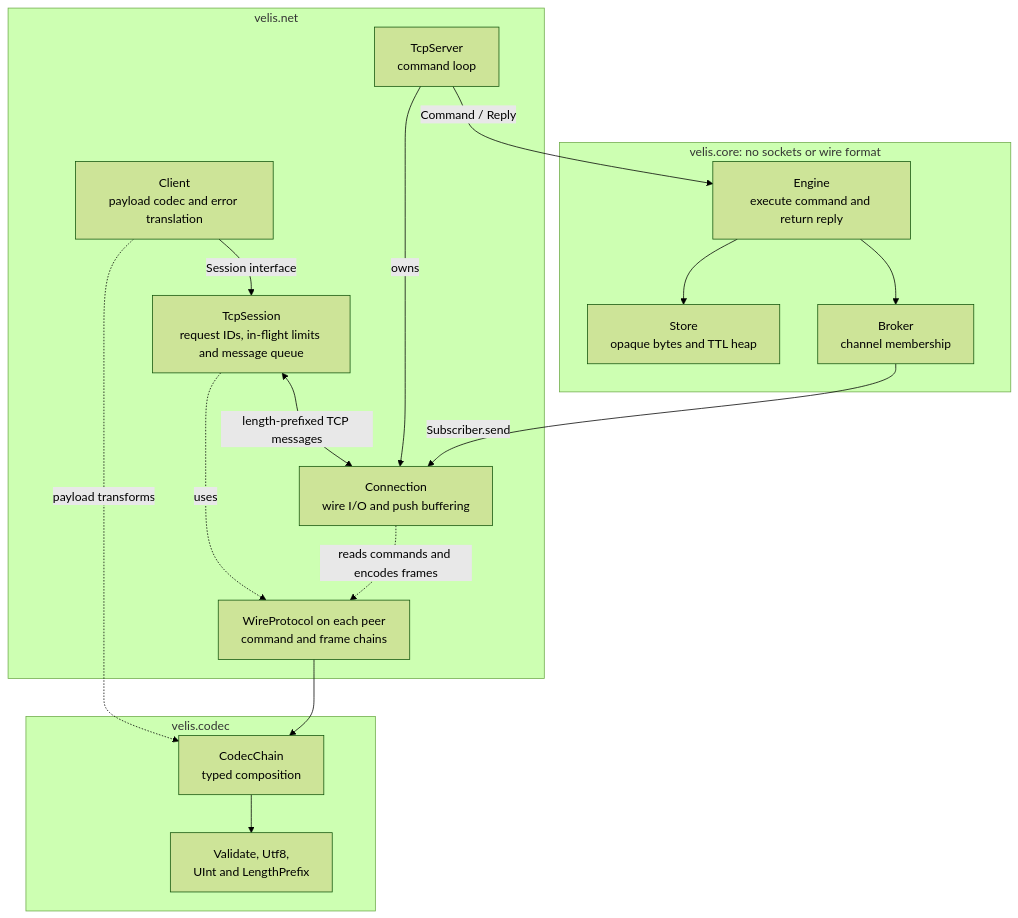
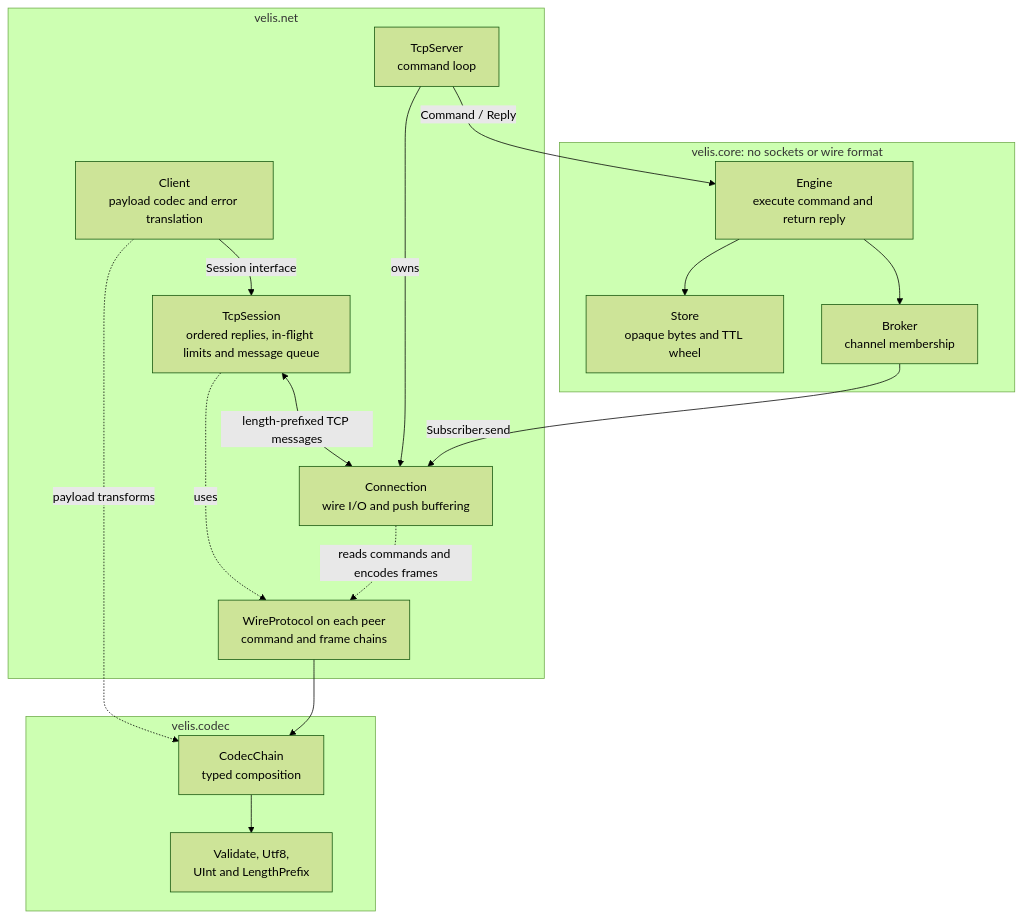
The first of 6 diagrams in README.md (gchape/velis), drawn with Mermaid (forest theme) before and after one commit. The commit also changed other lines of this file and 51 other files, not shown here.

First line of the commit message:
refactor!: simplify storage, codecs, and ordered TCP sessions

````diff
--- a/README.md
+++ b/README.md
@@ -91,34 +120,34 @@
 ```mermaid
 flowchart TB
     subgraph net ["velis.net"]
         client["Client<br/>payload codec and error translation"]
-        session["TcpSession<br/>request IDs, in-flight limits and message queue"]
+        session["TcpSession<br/>ordered replies, in-flight limits and message queue"]
         server["TcpServer<br/>command loop"]
         conn["Connection<br/>wire I/O and push buffering"]
         wire["WireProtocol on each peer<br/>command and frame chains"]
     end
 
     subgraph codecs ["velis.codec"]
         chain["CodecChain<br/>typed composition"]
         stages["Validate, Utf8,<br/>UInt and LengthPrefix"]
     end
 
     subgraph core ["velis.core: no sockets or wire format"]
         engine["Engine<br/>execute command and return reply"]
-        store["Store<br/>opaque bytes and TTL heap"]
+        store["Store<br/>opaque bytes and TTL wheel"]
         broker["Broker<br/>channel membership"]
     end
 
     client -->|"Session interface"| session
     session <-->|"length-prefixed TCP messages"| conn
     server -->|"owns"| conn
     server -->|"Command / Reply"| engine
     session -.->|"uses"| wire
     conn -.->|"reads commands and encodes frames"| wire
     client -.->|"payload transforms"| chain
     wire --> chain
     chain --> stages
     engine --> store
     engine --> broker
     broker -->|"Subscriber.send"| conn
 ```
````
